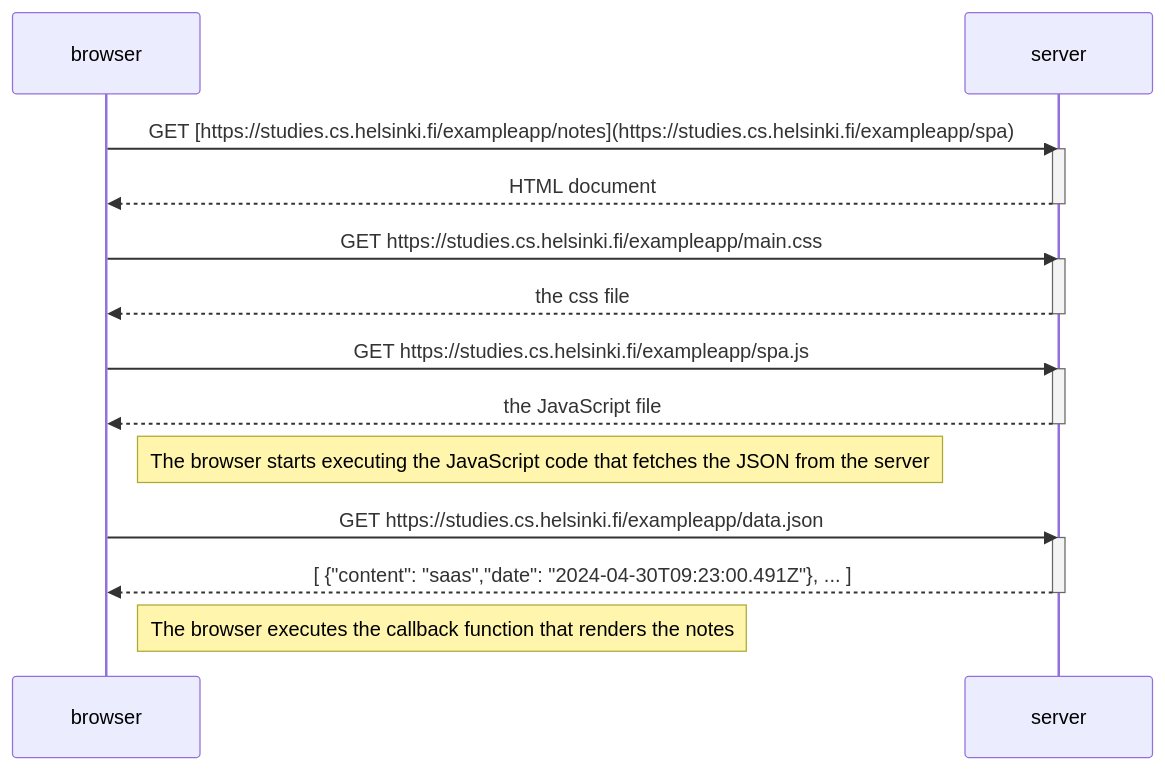
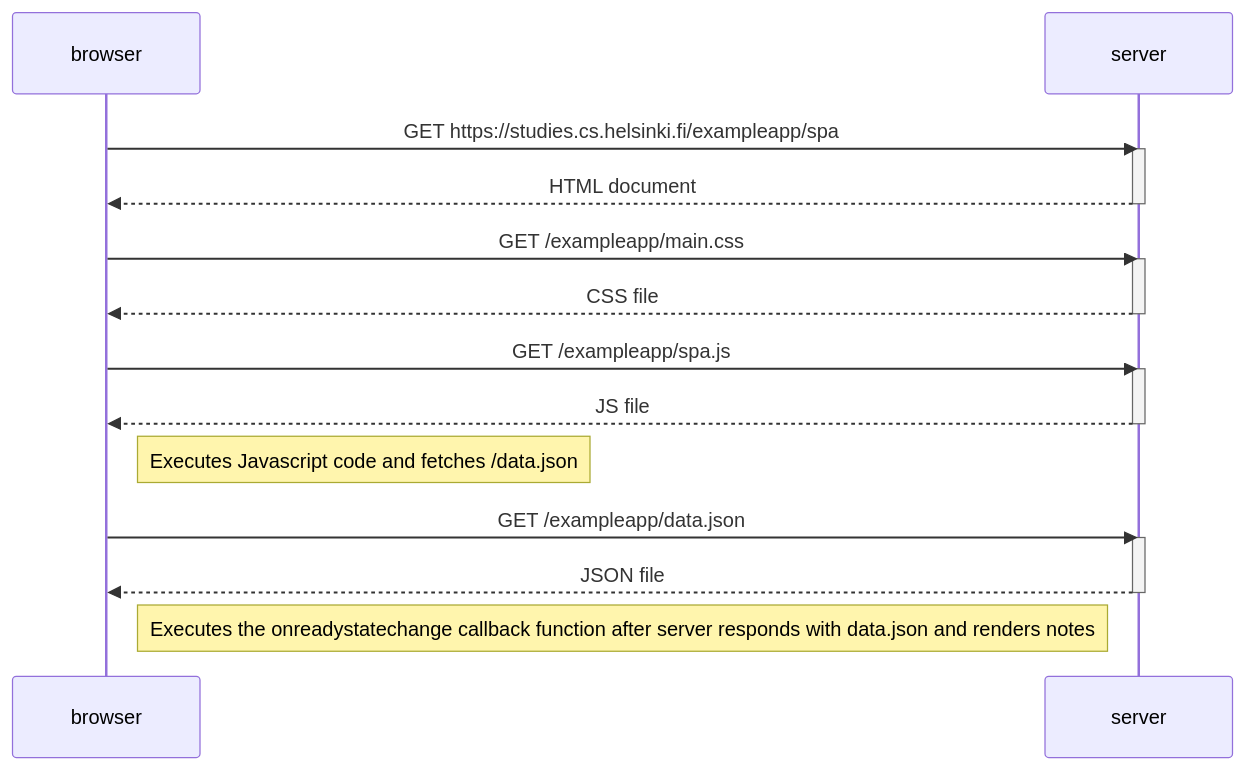
One commit to Dulakshan-16/fullstackopen_course changed the diagram in part0/part0.5.md. Above: the diagram before and after it, drawn with Mermaid.

````diff
--- a/part0/part0.5.md
+++ b/part0/part0.5.md
@@ -1,29 +1,30 @@
 ```mermaid
 sequenceDiagram
-    participant browser
-    participant server
+participant browser
+participant server
 
-    browser->>server: GET [https://studies.cs.helsinki.fi/exampleapp/notes](https://studies.cs.helsinki.fi/exampleapp/spa)
-    activate server
-    server-->>browser: HTML document
-    deactivate server
+browser ->> server: GET https://studies.cs.helsinki.fi/exampleapp/spa
+activate server
+server -->> browser: HTML document
+deactivate server
 
-    browser->>server: GET https://studies.cs.helsinki.fi/exampleapp/main.css
-    activate server
-    server-->>browser: the css file
-    deactivate server
+browser ->> server: GET /exampleapp/main.css
+activate server
+server -->> browser: CSS file
+deactivate server
 
-    browser->>server: GET https://studies.cs.helsinki.fi/exampleapp/spa.js
-    activate server
-    server-->>browser: the JavaScript file
-    deactivate server
+browser ->> server: GET /exampleapp/spa.js
+activate server
+server -->> browser: JS file
+deactivate server
 
-    Note right of browser: The browser starts executing the JavaScript code that fetches the JSON from the server
+Note right of browser: Executes Javascript code and fetches /data.json
 
-    browser->>server: GET https://studies.cs.helsinki.fi/exampleapp/data.json
-    activate server
-    server-->>browser: [ {"content": "saas","date": "2024-04-30T09:23:00.491Z"}, ... ]
-    deactivate server
+browser ->>  server: GET /exampleapp/data.json
+activate server
+server -->> browser: JSON file
+deactivate server
 
-    Note right of browser: The browser executes the callback function that renders the notes
+Note right of browser: Executes the onreadystatechange callback function after server responds with data.json and renders notes
+
 ```
````
